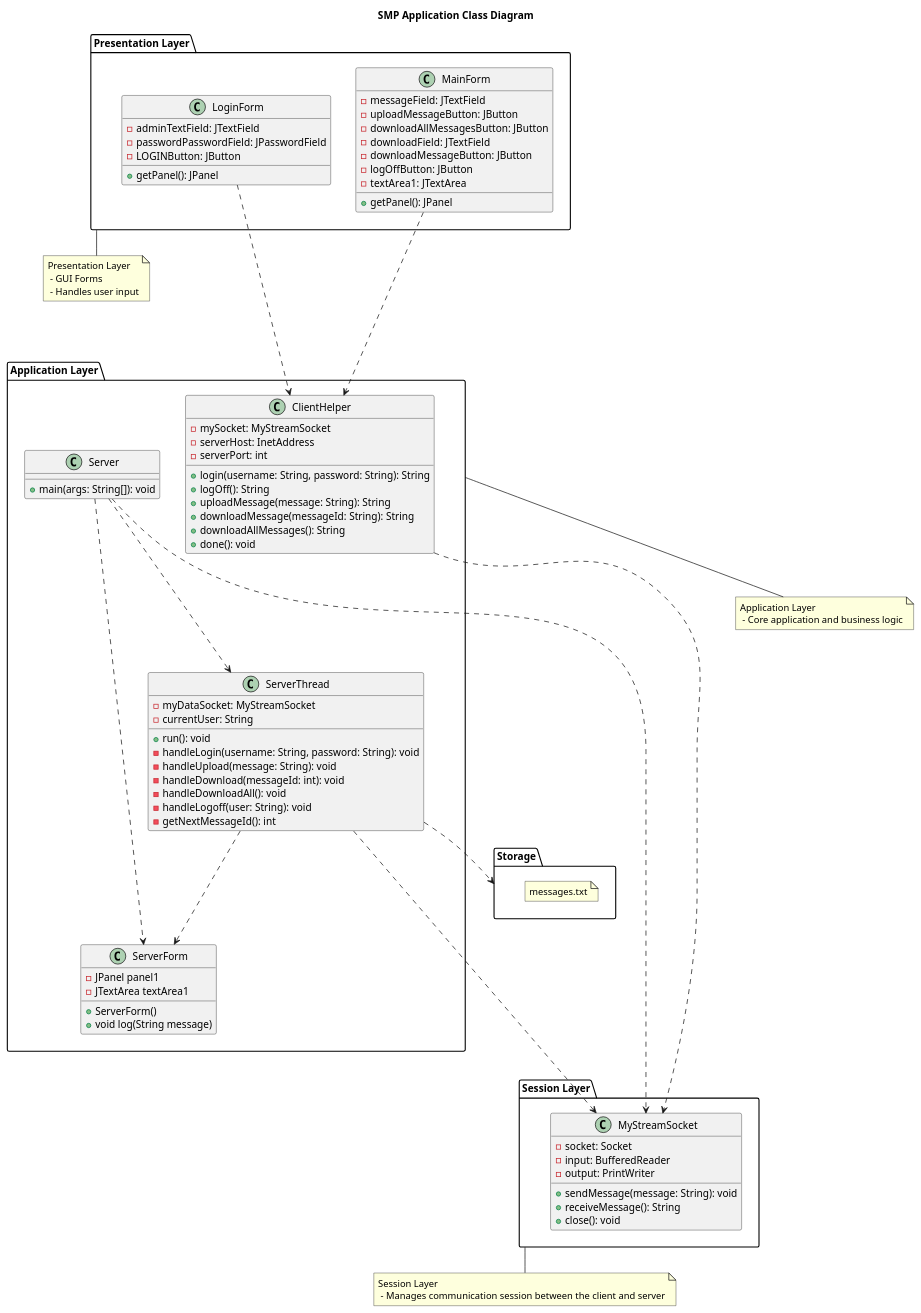
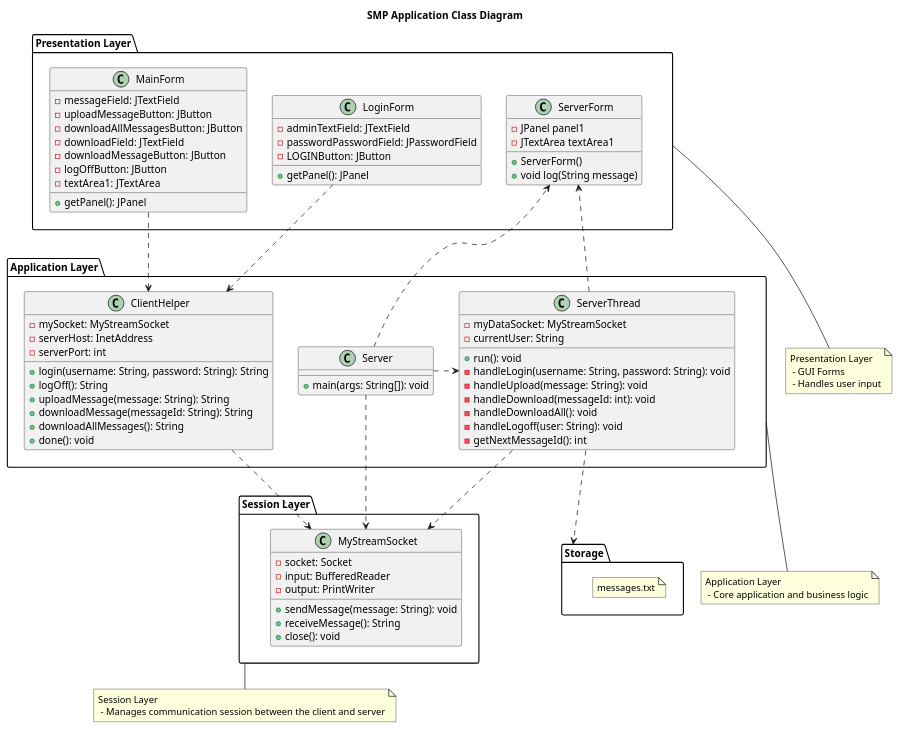
Before and after one commit to lukef3/Distributed-Computing-Project: the diagram in SMP_App/PlantUMLs/APP.puml, drawn with PlantUML. The commit also changed 9 other files, not shown here.

```diff
--- a/SMP_App/PlantUMLs/APP.puml
+++ b/SMP_App/PlantUMLs/APP.puml
@@ -1,90 +1,91 @@
 @startuml
 title SMP Application Class Diagram
 
 package "Presentation Layer" {
   class LoginForm {
     -adminTextField: JTextField
     -passwordPasswordField: JPasswordField
     -LOGINButton: JButton
     +getPanel(): JPanel
   }
   class MainForm {
     -messageField: JTextField
     -uploadMessageButton: JButton
     -downloadAllMessagesButton: JButton
     -downloadField: JTextField
     -downloadMessageButton: JButton
     -logOffButton: JButton
     -textArea1: JTextArea
     +getPanel(): JPanel
   }
+  class ServerForm {
+          - JPanel panel1
+          - JTextArea textArea1
+          + ServerForm()
+          + void log(String message)
+        }
 }
 
 package "Application Layer" {
   class ClientHelper {
     -mySocket: MyStreamSocket
     -serverHost: InetAddress
     -serverPort: int
     +login(username: String, password: String): String
     +logOff(): String
     +uploadMessage(message: String): String
     +downloadMessage(messageId: String): String
     +downloadAllMessages(): String
     +done(): void
   }
   class ServerThread {
     -myDataSocket: MyStreamSocket
     -currentUser: String
     +run(): void
     -handleLogin(username: String, password: String): void
     -handleUpload(message: String): void
     -handleDownload(messageId: int): void
     -handleDownloadAll(): void
     -handleLogoff(user: String): void
     -getNextMessageId(): int
   }
     class Server {
     +main(args: String[]): void
   }
-    class ServerForm {
-        - JPanel panel1
-        - JTextArea textArea1
-        + ServerForm()
-        + void log(String message)
-      }
+
 }
 
 package "Session Layer" {
   class MyStreamSocket {
     -socket: Socket
     -input: BufferedReader
     -output: PrintWriter
     +sendMessage(message: String): void
     +receiveMessage(): String
     +close(): void
   }
 }
 
 package "Storage" {
   note "messages.txt" as M
 }
 
 note "Presentation Layer\n - GUI Forms\n - Handles user input" as P
 note "Application Layer\n - Core application and business logic" as A
 note "Session Layer\n - Manages communication session between the client and server" as S
 
-LoginForm ....> ClientHelper
-MainForm ....> ClientHelper
-ServerThread ....> MyStreamSocket
-ClientHelper ....> MyStreamSocket
+LoginForm ..> ClientHelper
+MainForm ..> ClientHelper
+ServerThread ..> MyStreamSocket
+ClientHelper ..> MyStreamSocket
 ServerThread ..> "Storage"
-ServerThread ...> ServerForm
-Server ...> ServerThread
-Server ...> MyStreamSocket
-Server ...> ServerForm
+ServerThread ..> ServerForm
+Server .> ServerThread
+Server .> MyStreamSocket
+Server .> ServerForm
 
 "Application Layer" -- A
 "Presentation Layer" -- P
 "Session Layer" -- S
 
 @enduml
```
